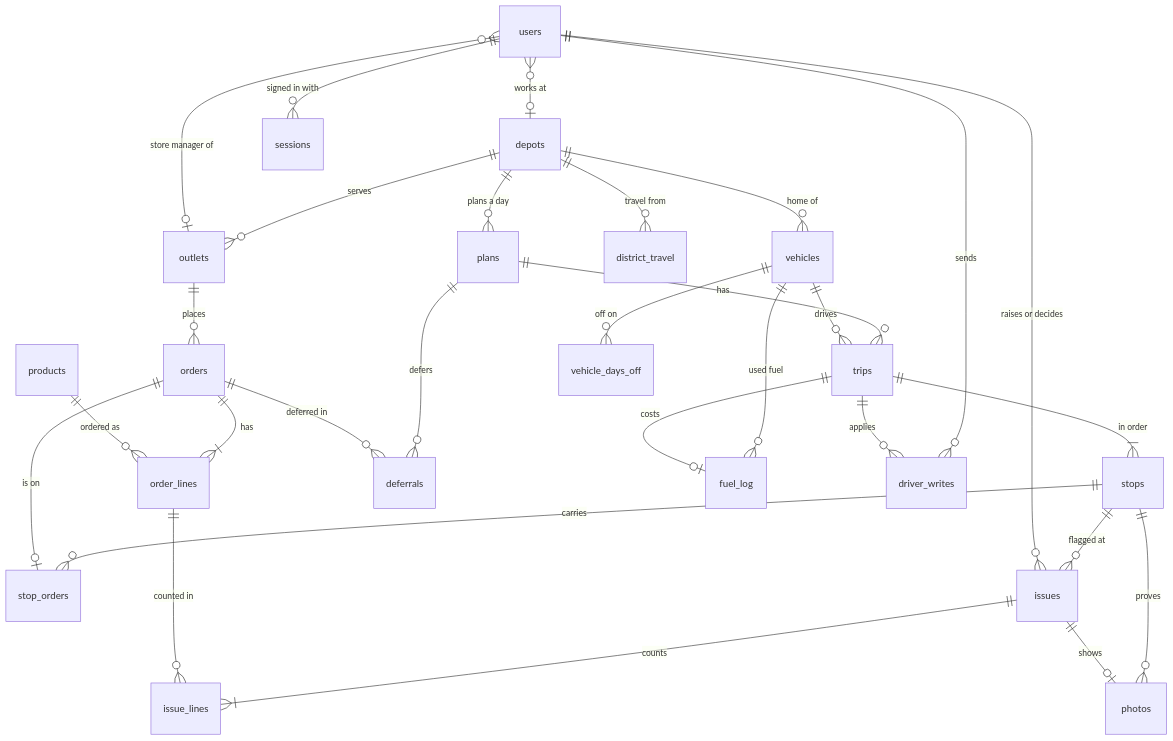
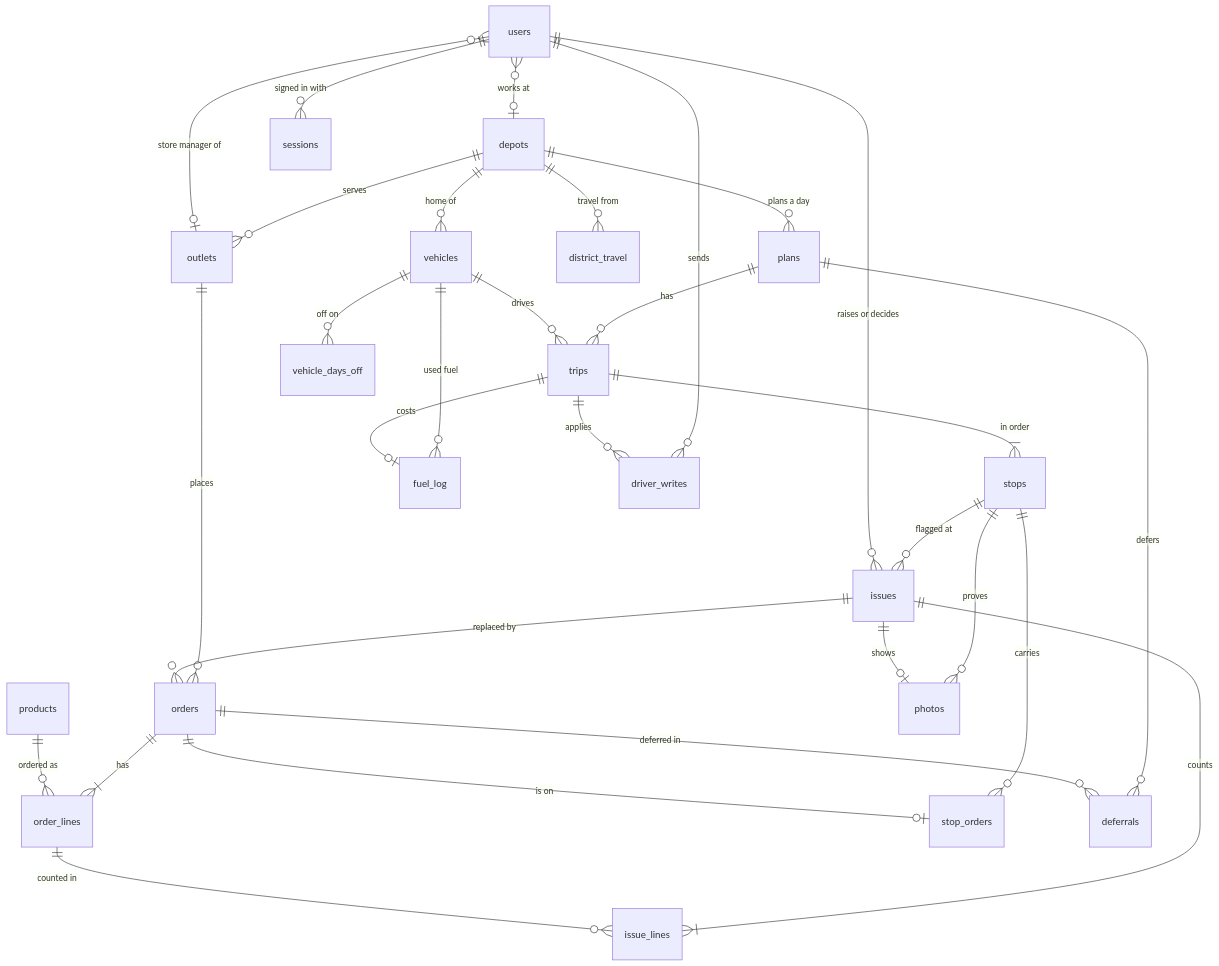
The diagram in docs/data-model.md (nabil11111/Vectorious_Wayfinder), drawn with Mermaid before and after one commit. The commit also changed other lines of this file and 109 other files, not shown here.

````diff
--- a/docs/data-model.md
+++ b/docs/data-model.md
@@ -6,31 +6,32 @@
 ```mermaid
 erDiagram
     depots ||--o{ outlets : serves
     depots ||--o{ vehicles : "home of"
     depots ||--o{ district_travel : "travel from"
     outlets ||--o{ orders : places
     orders ||--|{ order_lines : has
     products ||--o{ order_lines : "ordered as"
     users }o--o| outlets : "store manager of"
     users }o--o| depots : "works at"
     users ||--o{ sessions : "signed in with"
     depots ||--o{ plans : "plans a day"
     plans ||--o{ trips : has
     vehicles ||--o{ trips : drives
     trips ||--|{ stops : "in order"
     stops ||--o{ stop_orders : carries
     orders ||--o| stop_orders : "is on"
     plans ||--o{ deferrals : "defers"
     orders ||--o{ deferrals : "deferred in"
     vehicles ||--o{ vehicle_days_off : "off on"
     vehicles ||--o{ fuel_log : "used fuel"
     trips ||--o| fuel_log : "costs"
     stops ||--o{ issues : "flagged at"
     issues ||--|{ issue_lines : counts
     order_lines ||--o{ issue_lines : "counted in"
     users ||--o{ issues : "raises or decides"
     users ||--o{ driver_writes : sends
     trips ||--o{ driver_writes : applies
     stops ||--o{ photos : proves
     issues ||--o| photos : shows
+    issues ||--o{ orders : "replaced by"
 ```
````
